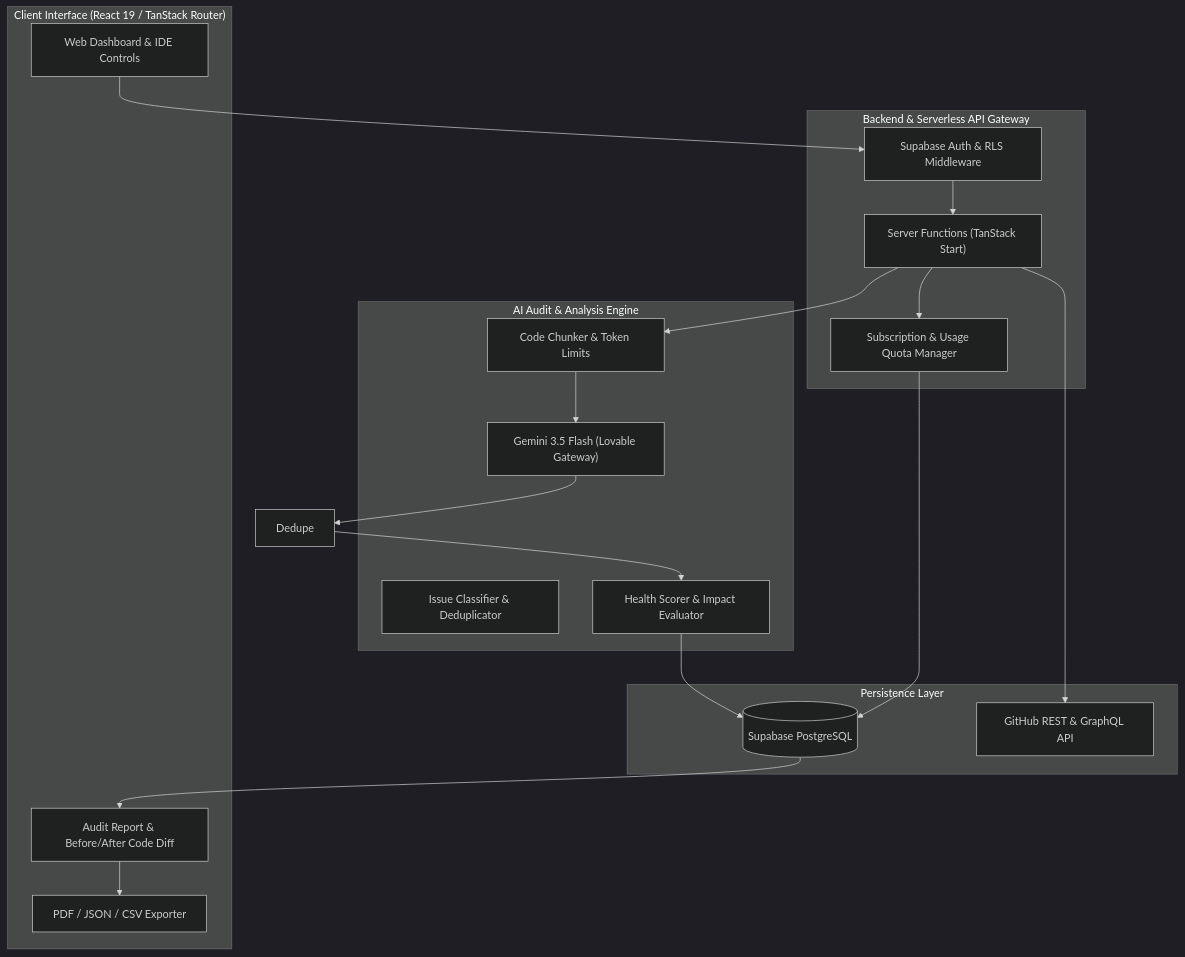
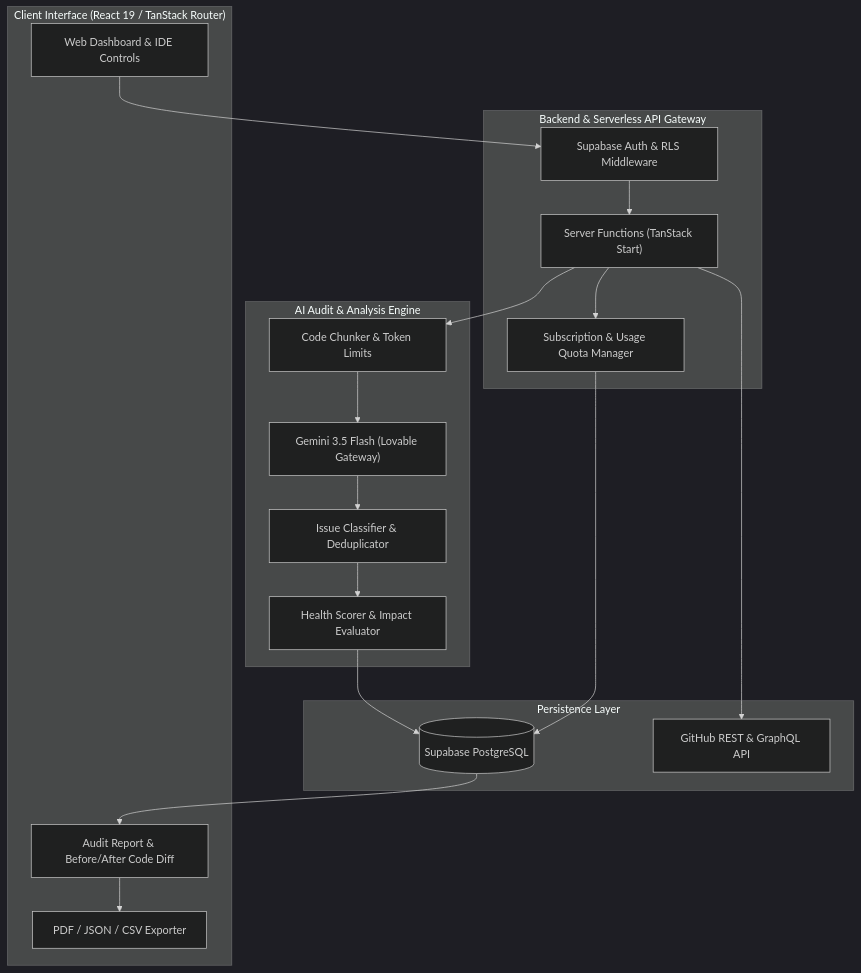
Before and after one commit to harshmriduhash/scalecheck: the first of 2 diagrams in README.md, drawn with Mermaid (dark theme). The commit also changed other lines of this file, not shown here.

````diff
--- a/README.md
+++ b/README.md
@@ -40,39 +73,39 @@
 ```mermaid
 flowchart TD
     subgraph Client ["Client Interface (React 19 / TanStack Router)"]
         UI["Web Dashboard & IDE Controls"]
         ReportView["Audit Report & Before/After Code Diff"]
         Exporter["PDF / JSON / CSV Exporter"]
     end
 
     subgraph Backend ["Backend & Serverless API Gateway"]
         AuthMiddleware["Supabase Auth & RLS Middleware"]
         ServerFn["Server Functions (TanStack Start)"]
         QuotaMgr["Subscription & Usage Quota Manager"]
     end
 
     subgraph AnalysisEngine ["AI Audit & Analysis Engine"]
         Chunker["Code Chunker & Token Limits"]
         GeminiGateway["Gemini 3.5 Flash (Lovable Gateway)"]
         Deduper["Issue Classifier & Deduplicator"]
         Scorer["Health Scorer & Impact Evaluator"]
     end
 
     subgraph Persistence ["Persistence Layer"]
         Postgres[(Supabase PostgreSQL)]
         GitHubAPI["GitHub REST & GraphQL API"]
     end
 
     UI --> AuthMiddleware
     AuthMiddleware --> ServerFn
     ServerFn --> QuotaMgr
     QuotaMgr --> Postgres
     ServerFn --> GitHubAPI
     ServerFn --> Chunker
     Chunker --> GeminiGateway
-    GeminiGateway --> Dedupe
-    Dedupe --> Scorer
+    GeminiGateway --> Deduper
+    Deduper --> Scorer
     Scorer --> Postgres
     Postgres --> ReportView
     ReportView --> Exporter
 ```
````
